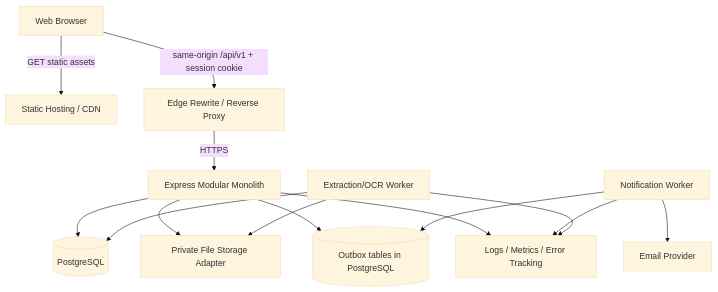
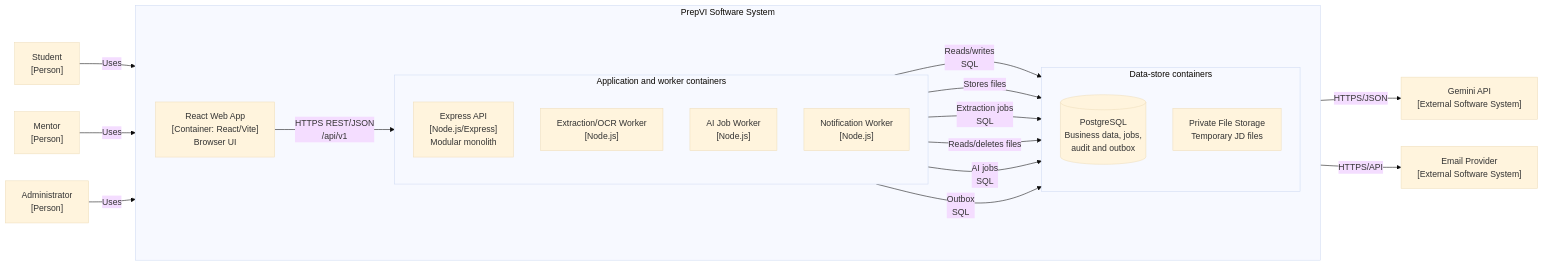
One commit to tnnhuaa/InterviewQuestionBank changed the second of 2 diagrams in docs/Oral_Exam/Q05_software-architecture/Software_Architecture_EN.md. Above: the diagram before and after it, drawn with Mermaid (base theme). The commit also changed other lines of this file and 12 other files, not shown here.

Commit message:
docs: simplify Q05 architecture diagrams to C4

```diff
--- a/docs/Oral_Exam/Q05_software-architecture/Software_Architecture_EN.md
+++ b/docs/Oral_Exam/Q05_software-architecture/Software_Architecture_EN.md
@@ -128,16 +121,36 @@
 ~~~mermaid
-flowchart TB
-    Browser["Web Browser"] -->|"GET static assets"| CDN["Static Hosting / CDN"]
-    Browser -->|"same-origin /api/v1 + session cookie"| Proxy["Edge Rewrite / Reverse Proxy"]
-    Proxy -->|HTTPS| API["Express Modular Monolith"]
-    API --> DB[("PostgreSQL")]
-    API --> Obj["Private File Storage Adapter"]
-    DocWorker["Extraction/OCR Worker"] --> DB
-    DocWorker --> Obj
-    API --> Outbox[("Outbox tables in PostgreSQL")]
-    Worker["Notification Worker"] --> Outbox
-    Worker --> Email["Email Provider"]
-    API --> Obs["Logs / Metrics / Error Tracking"]
-    Worker --> Obs
-    DocWorker --> Obs
+flowchart LR
+    Student["Student<br/>[Person]"] -->|Uses| Web
+    Mentor["Mentor<br/>[Person]"] -->|Uses| Web
+    Admin["Administrator<br/>[Person]"] -->|Uses| Web
+
+    subgraph PrepVI["PrepVI Software System"]
+        direction LR
+        Web["React Web App<br/>[Container: React/Vite]<br/>Browser UI"]
+
+        subgraph Runtime["Application and worker containers"]
+            direction TB
+            API["Express API<br/>[Node.js/Express]<br/>Modular monolith"]
+            DocWorker["Extraction/OCR Worker<br/>[Node.js]"]
+            AIWorker["AI Job Worker<br/>[Node.js]"]
+            NotifyWorker["Notification Worker<br/>[Node.js]"]
+        end
+
+        subgraph Data["Data-store containers"]
+            direction TB
+            DB[("PostgreSQL<br/>Business data, jobs,<br/>audit and outbox")]
+            FileStore["Private File Storage<br/>Temporary JD files"]
+        end
+
+        Web -->|"HTTPS REST/JSON<br/>/api/v1"| API
+        API -->|"Reads/writes<br/>SQL"| DB
+        API -->|"Stores files"| FileStore
+        DocWorker -->|"Extraction jobs<br/>SQL"| DB
+        DocWorker -->|"Reads/deletes files"| FileStore
+        AIWorker -->|"AI jobs<br/>SQL"| DB
+        NotifyWorker -->|"Outbox<br/>SQL"| DB
+    end
+
+    AIWorker -->|"HTTPS/JSON"| Gemini["Gemini API<br/>[External Software System]"]
+    NotifyWorker -->|"HTTPS/API"| Email["Email Provider<br/>[External Software System]"]
 ~~~
```
